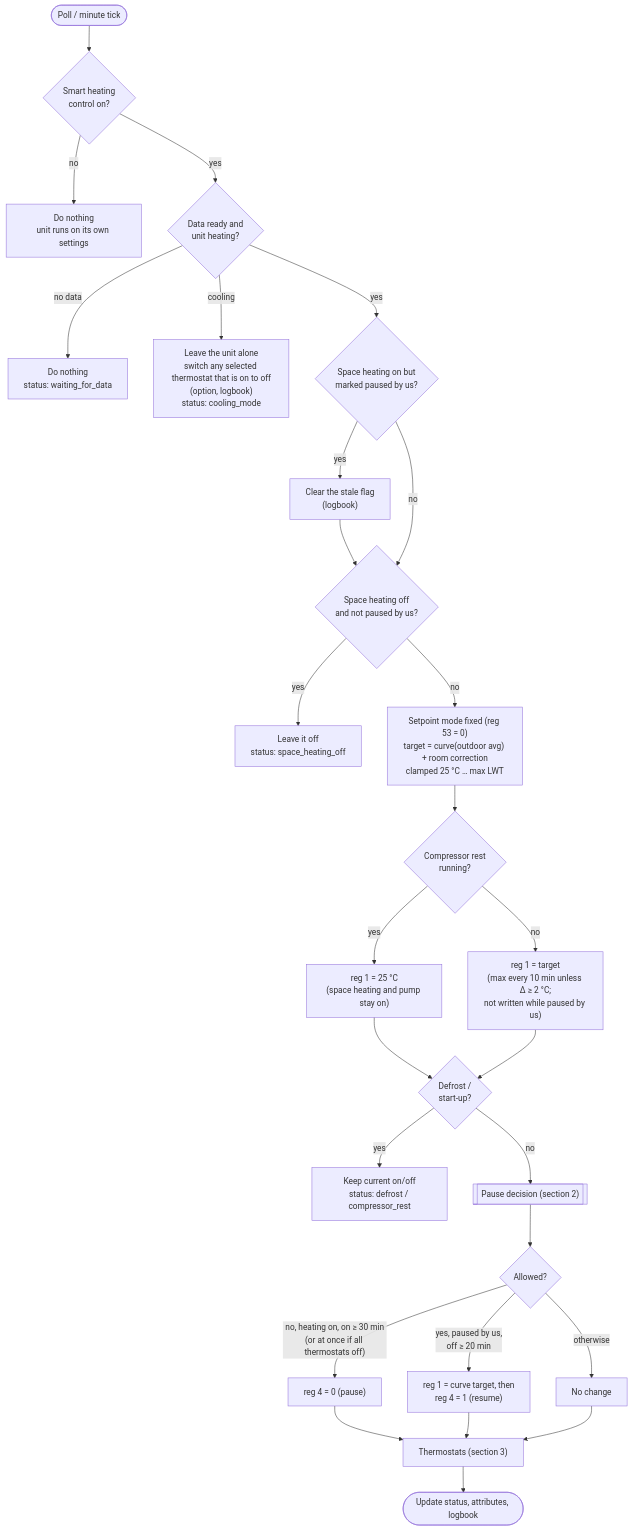
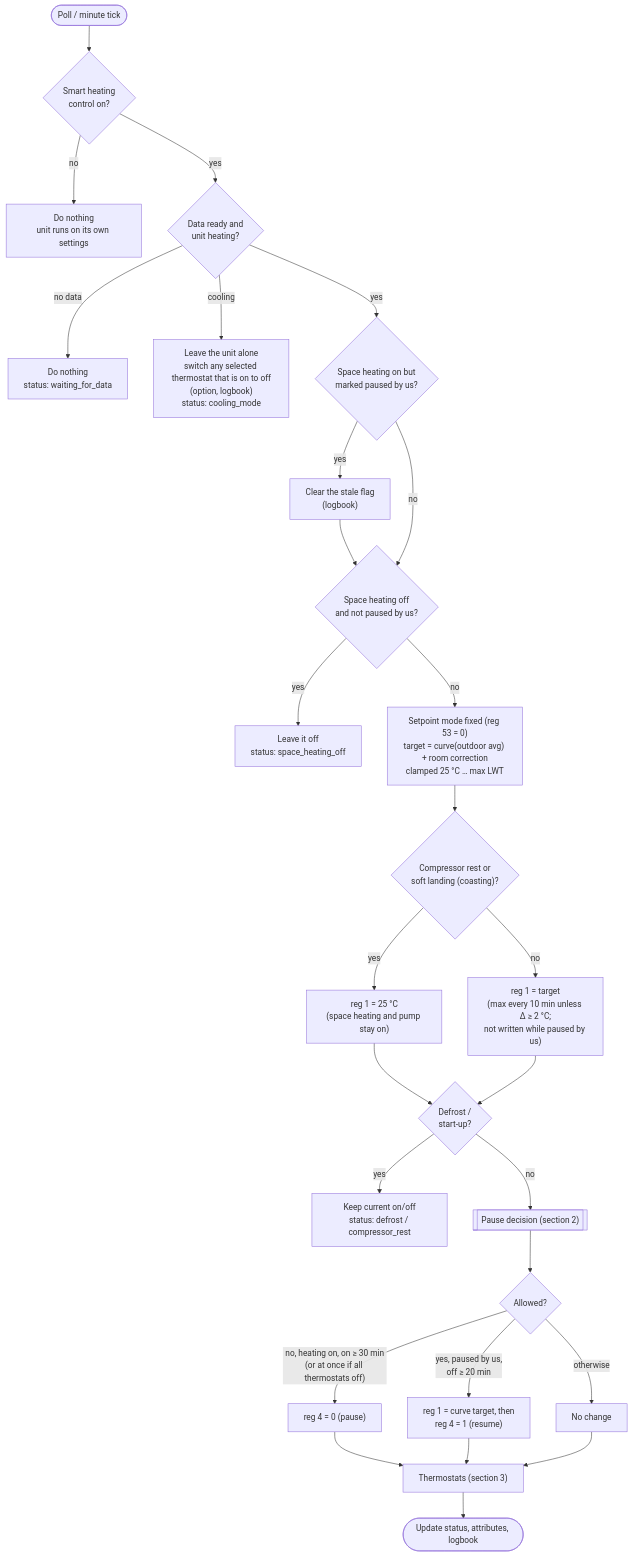
The first of 5 diagrams in docs/smart-heating-logic.md (cocooma/daikin_dcom), drawn with Mermaid before and after one commit. The commit also changed other lines of this file and 15 other files, not shown here.

First line of the commit message:
Heat demand forecast, floor slab estimate, evening slab charge, soft landing

````diff
--- a/docs/smart-heating-logic.md
+++ b/docs/smart-heating-logic.md
@@ -9,27 +9,27 @@
 ```mermaid
 flowchart TD
     start(["Poll / minute tick"]) --> en{"Smart heating<br/>control on?"}
     en -- no --> idle["Do nothing<br/>unit runs on its own settings"]
     en -- yes --> data{"Data ready and<br/>unit heating?"}
     data -- "no data" --> idle2["Do nothing<br/>status: waiting_for_data"]
     data -- cooling --> cool["Leave the unit alone<br/>switch any selected thermostat that is on to off<br/>(option, logbook)<br/>status: cooling_mode"]
     data -- yes --> stale{"Space heating on but<br/>marked paused by us?"}
     stale -- yes --> clear["Clear the stale flag<br/>(logbook)"] --> user
     stale -- no --> user{"Space heating off<br/>and not paused by us?"}
     user -- yes --> respect["Leave it off<br/>status: space_heating_off"]
     user -- no --> sp["Setpoint mode fixed (reg 53 = 0)<br/>target = curve(outdoor avg) + room correction<br/>clamped 25 °C … max LWT"]
-    sp --> rest{"Compressor rest<br/>running?"}
+    sp --> rest{"Compressor rest or<br/>soft landing (coasting)?"}
     rest -- yes --> r25["reg 1 = 25 °C<br/>(space heating and pump stay on)"] --> dfr
     rest -- no --> write["reg 1 = target<br/>(max every 10 min unless Δ ≥ 2 °C;<br/>not written while paused by us)"] --> dfr
     dfr{"Defrost /<br/>start-up?"}
     dfr -- yes --> hold["Keep current on/off<br/>status: defrost / compressor_rest"]
     dfr -- no --> decide[["Pause decision (section 2)"]]
     decide --> apply{"Allowed?"}
     apply -- "no, heating on, on ≥ 30 min<br/>(or at once if all thermostats off)" --> pause["reg 4 = 0 (pause)"]
     apply -- "yes, paused by us,<br/>off ≥ 20 min" --> resume["reg 1 = curve target, then<br/>reg 4 = 1 (resume)"]
     apply -- "otherwise" --> keep["No change"]
     pause --> stats
     resume --> stats
     keep --> stats
     stats["Thermostats (section 3)"] --> status(["Update status, attributes, logbook"])
 ```
````
